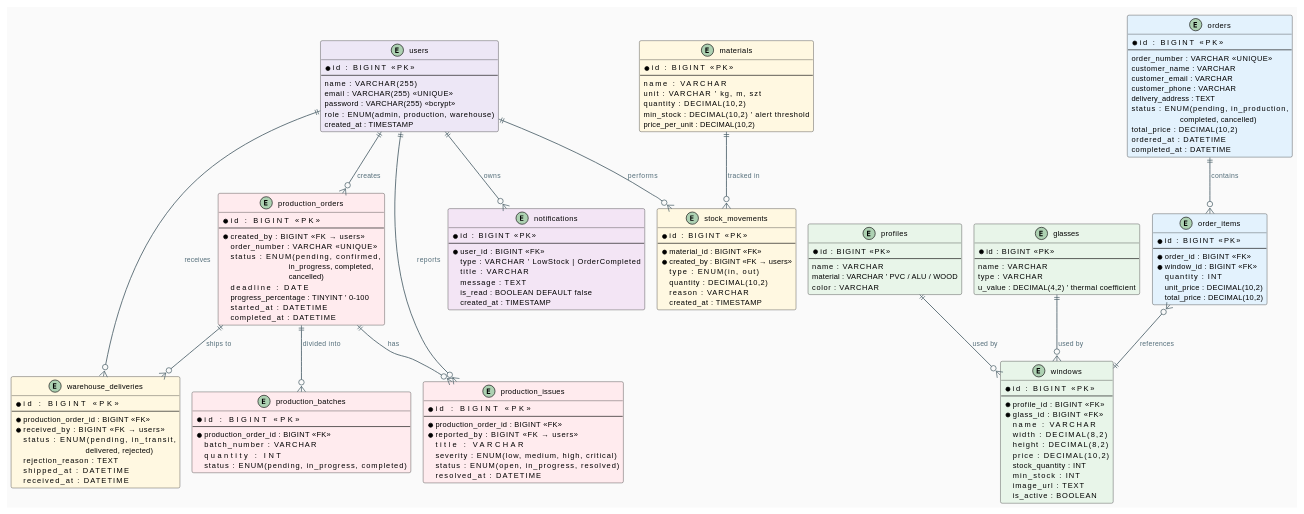
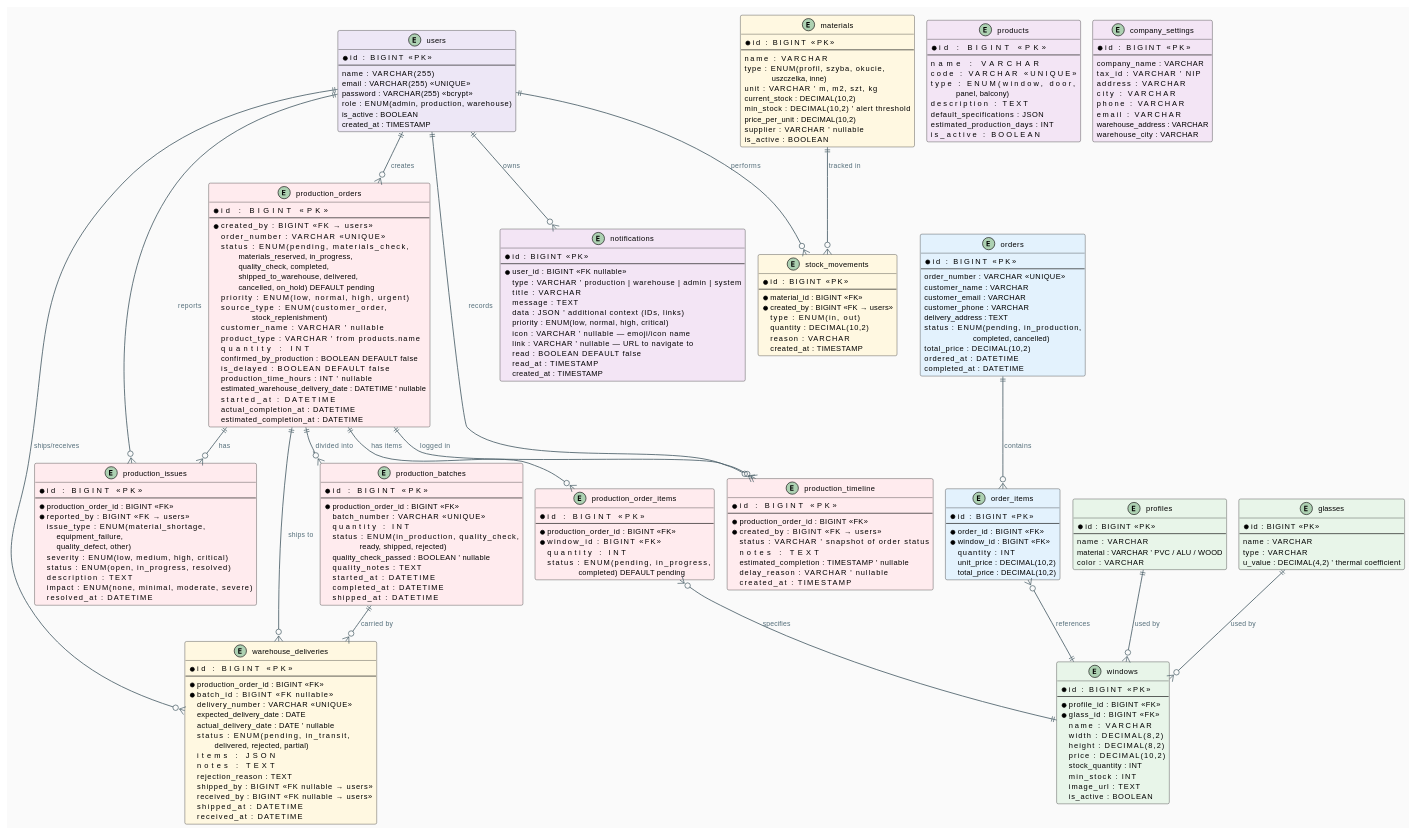
Before and after one commit to Tekashian/WindowWidow: the diagram in docs/02-baza-danych-erd.md, drawn with PlantUML. The commit also changed other lines of this file and 6 other files, not shown here.

First line of the commit message:
fix: deep UML audit + 1 more hardcoded URL

````diff
--- a/docs/02-baza-danych-erd.md
+++ b/docs/02-baza-danych-erd.md
@@ -37,6 +37,7 @@
   email        : VARCHAR(255) <<UNIQUE>>
   password     : VARCHAR(255) <<bcrypt>>
   role         : ENUM(admin, production, warehouse)
+  is_active    : BOOLEAN
   created_at   : TIMESTAMP
 }
 
@@ -108,10 +109,13 @@
   * id             : BIGINT  <<PK>>
   --
   name             : VARCHAR
-  unit             : VARCHAR  ' kg, m, szt
-  quantity         : DECIMAL(10,2)
+  type             : ENUM(profil, szyba, okucie,\n              uszczelka, inne)
+  unit             : VARCHAR  ' m, m2, szt, kg
+  current_stock    : DECIMAL(10,2)
   min_stock        : DECIMAL(10,2)  ' alert threshold
   price_per_unit   : DECIMAL(10,2)
+  supplier         : VARCHAR  ' nullable
+  is_active        : BOOLEAN
 }
 
 entity "stock_movements" as stock_movements #FFF8E1 {
@@ -126,27 +130,77 @@
 }
 
 ' ─────────────────────────────
+' PRODUCT DEFINITIONS & COMPANY
+' ─────────────────────────────
+entity "products" as products #F3E5F5 {
+  * id                          : BIGINT  <<PK>>
+  --
+  name                          : VARCHAR
+  code                          : VARCHAR  <<UNIQUE>>
+  type                          : ENUM(window, door,\n             panel, balcony)
+  description                   : TEXT
+  default_specifications        : JSON
+  estimated_production_days     : INT
+  is_active                     : BOOLEAN
+}
+
+entity "company_settings" as company_settings #F3E5F5 {
+  * id               : BIGINT  <<PK>>
+  --
+  company_name       : VARCHAR
+  tax_id             : VARCHAR  ' NIP
+  address            : VARCHAR
+  city               : VARCHAR
+  phone              : VARCHAR
+  email              : VARCHAR
+  warehouse_address  : VARCHAR
+  warehouse_city     : VARCHAR
+}
+
+' ─────────────────────────────
 ' PRODUCTION
 ' ─────────────────────────────
 entity "production_orders" as prod_orders #FFEBEE {
-  * id                 : BIGINT  <<PK>>
+  * id                          : BIGINT  <<PK>>
   --
-  * created_by         : BIGINT  <<FK → users>>
-  order_number         : VARCHAR  <<UNIQUE>>
-  status               : ENUM(pending, confirmed,\n                              in_progress, completed,\n                              cancelled)
-  deadline             : DATE
-  progress_percentage  : TINYINT  ' 0–100
-  started_at           : DATETIME
-  completed_at         : DATETIME
+  * created_by                  : BIGINT  <<FK → users>>
+  order_number                  : VARCHAR  <<UNIQUE>>
+  status                        : ENUM(pending, materials_check,\n         materials_reserved, in_progress,\n         quality_check, completed,\n         shipped_to_warehouse, delivered,\n         cancelled, on_hold)   DEFAULT pending
+  priority                      : ENUM(low, normal, high, urgent)
+  source_type                   : ENUM(customer_order,\n                stock_replenishment)
+  customer_name                 : VARCHAR  ' nullable
+  product_type                  : VARCHAR  ' from products.name
+  quantity                      : INT
+  confirmed_by_production       : BOOLEAN  DEFAULT false
+  is_delayed                    : BOOLEAN  DEFAULT false
+  production_time_hours         : INT  ' nullable
+  estimated_warehouse_delivery_date : DATETIME  ' nullable
+  started_at                    : DATETIME
+  actual_completion_at          : DATETIME
+  estimated_completion_at       : DATETIME
+}
+
+entity "production_order_items" as prod_items #FFEBEE {
+  * id                     : BIGINT  <<PK>>
+  --
+  * production_order_id    : BIGINT  <<FK>>
+  * window_id              : BIGINT  <<FK>>
+  quantity                 : INT
+  status                   : ENUM(pending, in_progress,\n                completed)  DEFAULT pending
 }
 
 entity "production_batches" as prod_batches #FFEBEE {
   * id                    : BIGINT  <<PK>>
   --
   * production_order_id   : BIGINT  <<FK>>
-  batch_number            : VARCHAR
+  batch_number            : VARCHAR  <<UNIQUE>>
   quantity                : INT
-  status                  : ENUM(pending, in_progress, completed)
+  status                  : ENUM(in_production, quality_check,\n              ready, shipped, rejected)
+  quality_check_passed    : BOOLEAN  ' nullable
+  quality_notes           : TEXT
+  started_at              : DATETIME
+  completed_at            : DATETIME
+  shipped_at              : DATETIME
 }
 
 entity "production_issues" as prod_issues #FFEBEE {
@@ -154,19 +208,40 @@
   --
   * production_order_id   : BIGINT  <<FK>>
   * reported_by           : BIGINT  <<FK → users>>
-  title                   : VARCHAR
+  issue_type              : ENUM(material_shortage,\n     equipment_failure,\n     quality_defect, other)
   severity                : ENUM(low, medium, high, critical)
   status                  : ENUM(open, in_progress, resolved)
+  description             : TEXT
+  impact                  : ENUM(none, minimal, moderate, severe)
   resolved_at             : DATETIME
+}
+
+entity "production_timeline" as prod_timeline #FFEBEE {
+  * id                     : BIGINT  <<PK>>
+  --
+  * production_order_id    : BIGINT  <<FK>>
+  * created_by             : BIGINT  <<FK → users>>
+  status                   : VARCHAR  ' snapshot of order status
+  notes                    : TEXT
+  estimated_completion     : TIMESTAMP  ' nullable
+  delay_reason             : VARCHAR    ' nullable
+  created_at               : TIMESTAMP
 }
 
 entity "warehouse_deliveries" as wh_deliveries #FFF8E1 {
   * id                    : BIGINT  <<PK>>
   --
   * production_order_id   : BIGINT  <<FK>>
-  * received_by           : BIGINT  <<FK → users>>
-  status                  : ENUM(pending, in_transit,\n                                delivered, rejected)
+  * batch_id              : BIGINT  <<FK nullable>>
+  delivery_number         : VARCHAR  <<UNIQUE>>
+  expected_delivery_date  : DATE
+  actual_delivery_date    : DATE  ' nullable
+  status                  : ENUM(pending, in_transit,\n         delivered, rejected, partial)
+  items                   : JSON
+  notes                   : TEXT
   rejection_reason        : TEXT
+  shipped_by              : BIGINT  <<FK nullable → users>>
+  received_by             : BIGINT  <<FK nullable → users>>
   shipped_at              : DATETIME
   received_at             : DATETIME
 }
@@ -174,11 +249,16 @@
 entity "notifications" as notifications #F3E5F5 {
   * id          : BIGINT  <<PK>>
   --
-  * user_id     : BIGINT  <<FK>>
-  type          : VARCHAR  ' LowStock | OrderCompleted
+  * user_id     : BIGINT  <<FK nullable>>
+  type          : VARCHAR  ' production | warehouse | admin | system
   title         : VARCHAR
   message       : TEXT
-  is_read       : BOOLEAN  DEFAULT false
+  data          : JSON     ' additional context (IDs, links)
+  priority      : ENUM(low, normal, high, critical)
+  icon          : VARCHAR  ' nullable — emoji/icon name
+  link          : VARCHAR  ' nullable — URL to navigate to
+  read          : BOOLEAN  DEFAULT false
+  read_at       : TIMESTAMP
   created_at    : TIMESTAMP
 }
 
@@ -188,8 +268,9 @@
 users           ||--o{  prod_orders       : "creates"
 users           ||--o{  stock_movements   : "performs"
 users           ||--o{  prod_issues       : "reports"
-users           ||--o{  wh_deliveries     : "receives"
+users           ||--o{  wh_deliveries     : "ships/receives"
 users           ||--o{  notifications     : "owns"
+users           ||--o{  prod_timeline     : "records"
 
 profiles        ||--o{  windows           : "used by"
 glasses         ||--o{  windows           : "used by"
@@ -199,8 +280,12 @@
 
 materials       ||--o{  stock_movements   : "tracked in"
 
+prod_orders     ||--o{  prod_items        : "has items"
+prod_items      }o--||  windows           : "specifies"
 prod_orders     ||--o{  prod_batches      : "divided into"
 prod_orders     ||--o{  prod_issues       : "has"
+prod_orders     ||--o{  prod_timeline     : "logged in"
 prod_orders     ||--o{  wh_deliveries     : "ships to"
+prod_batches    ||--o{  wh_deliveries     : "carried by"
 @enduml
 ```
````
